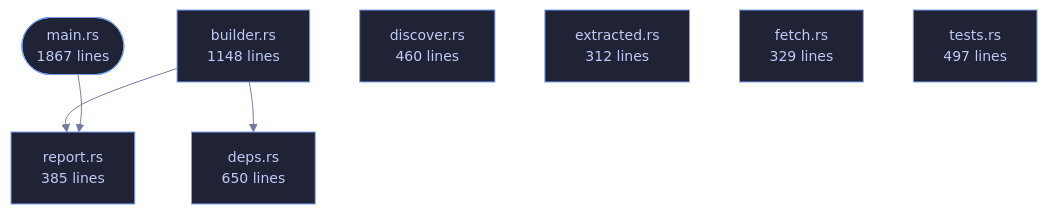
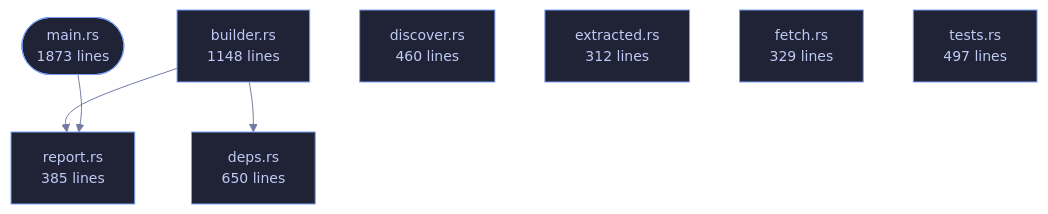
One commit to tilas01/veilvoice changed the diagram in wiki/Crate-veilvoice-verify.md. Above: the diagram before and after it, drawn with Mermaid. The commit also changed other lines of this file and 52 other files, not shown here.

````diff
--- a/wiki/Crate-veilvoice-verify.md
+++ b/wiki/Crate-veilvoice-verify.md
@@ -80,23 +80,23 @@
 ```mermaid
 %%{init: {"theme":"base","themeVariables":{"background":"#1a1b26","primaryColor":"#1f2335","primaryTextColor":"#c0caf5","primaryBorderColor":"#7aa2f7","secondaryColor":"#16161e","tertiaryColor":"#16161e","lineColor":"#737aa2","textColor":"#c0caf5","mainBkg":"#1f2335","nodeBorder":"#7aa2f7","clusterBkg":"#16161e","clusterBorder":"#2f3549","fontFamily":"ui-monospace, SFMono-Regular, Consolas, monospace","fontSize":"14px"}}}%%
 flowchart TD
-    n_main(["main.rs<br/>1867 lines"])
+    n_main(["main.rs<br/>1873 lines"])
     n_builder["builder.rs<br/>1148 lines"]
     n_deps["deps.rs<br/>650 lines"]
     n_discover["discover.rs<br/>460 lines"]
     n_extracted["extracted.rs<br/>312 lines"]
     n_fetch["fetch.rs<br/>329 lines"]
     n_report["report.rs<br/>385 lines"]
     n_tests["tests.rs<br/>497 lines"]
     n_builder --> n_deps
     n_builder --> n_report
     n_main --> n_report
     click n_main href "https://github.com/tilas01/veilvoice/blob/main/crates/veilvoice-verify/src/main.rs" "open the source"
     click n_builder href "https://github.com/tilas01/veilvoice/blob/main/crates/veilvoice-verify/src/builder.rs" "open the source"
     click n_deps href "https://github.com/tilas01/veilvoice/blob/main/crates/veilvoice-verify/src/deps.rs" "open the source"
     click n_discover href "https://github.com/tilas01/veilvoice/blob/main/crates/veilvoice-verify/src/discover.rs" "open the source"
     click n_extracted href "https://github.com/tilas01/veilvoice/blob/main/crates/veilvoice-verify/src/extracted.rs" "open the source"
     click n_fetch href "https://github.com/tilas01/veilvoice/blob/main/crates/veilvoice-verify/src/fetch.rs" "open the source"
     click n_report href "https://github.com/tilas01/veilvoice/blob/main/crates/veilvoice-verify/src/report.rs" "open the source"
     click n_tests href "https://github.com/tilas01/veilvoice/blob/main/crates/veilvoice-verify/src/tests.rs" "open the source"
 ```
````
